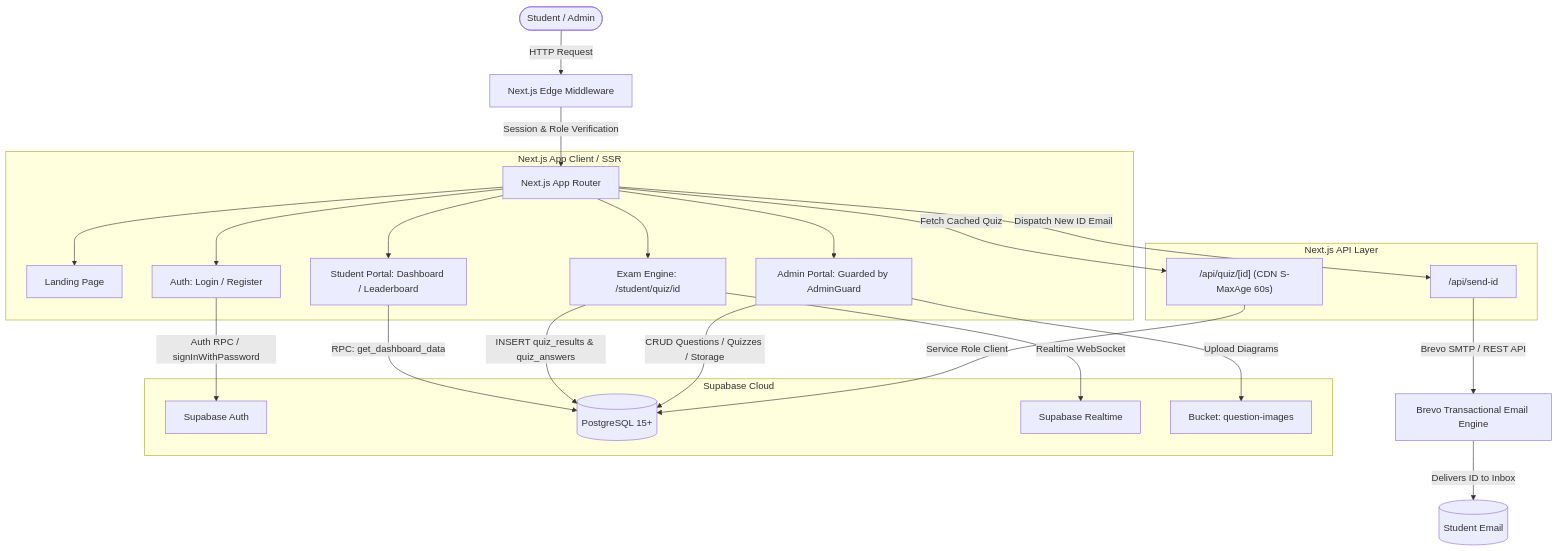
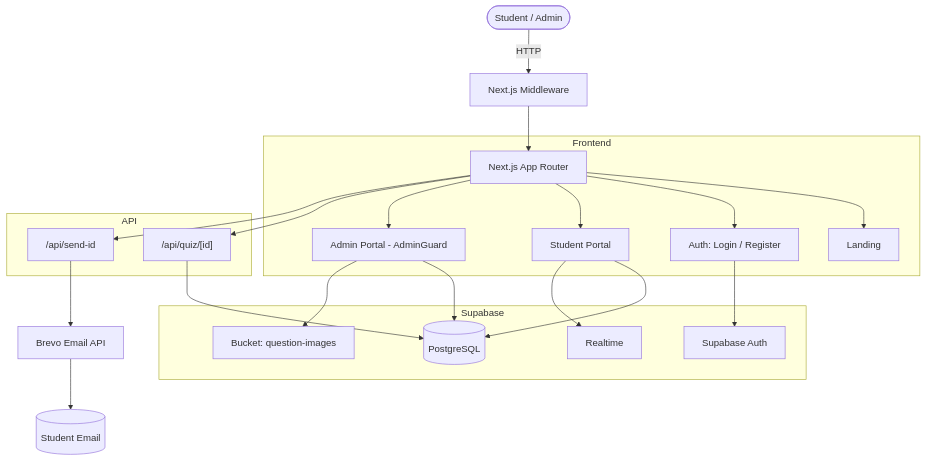
Before and after one commit to Vivan2025wd/AISSA-Quiz: the diagram in README.md, drawn with Mermaid. The commit also changed other lines of this file and 13 other files, not shown here.

````diff
--- a/README.md
+++ b/README.md
@@ -158,31 +89,29 @@
 ```mermaid
 flowchart TD
-    User([Student / Admin]) -->|HTTP Request| Edge[Next.js Edge Middleware]
-    Edge -->|Session & Role Verification| App[Next.js App Router]
+    User([Student / Admin]) -->|HTTP| Edge[Next.js Middleware]
+    Edge --> App[Next.js App Router]
 
-    subgraph Frontend [Next.js App Client / SSR]
-        App --> Landing[Landing Page]
-        App --> AuthPages[Auth: Login / Register]
-        App --> StudentDashboard[Student Portal: Dashboard / Leaderboard]
-        App --> QuizEngine[Exam Engine: /student/quiz/id]
-        App --> AdminPortal[Admin Portal: Guarded by AdminGuard]
+    subgraph Frontend
+        App --> Landing[Landing]
+        App --> Auth[Auth: Login / Register]
+        App --> Student[Student Portal]
+        App --> Admin[Admin Portal - AdminGuard]
     end
 
-    subgraph API [Next.js API Layer]
-        App -->|Fetch Cached Quiz| QuizAPI["/api/quiz/[id] (CDN S-MaxAge 60s)"]
-        App -->|Dispatch New ID Email| SendIdAPI["/api/send-id"]
+    subgraph API
+        App --> QuizAPI["/api/quiz/[id]"]
+        App --> SendID["/api/send-id"]
     end
 
-    subgraph Backend [Supabase Cloud]
-        AuthPages -->|Auth RPC / signInWithPassword| SupaAuth[Supabase Auth]
-        StudentDashboard -->|RPC: get_dashboard_data| SupaDB[(PostgreSQL 15+)]
-        QuizEngine -->|INSERT quiz_results & quiz_answers| SupaDB
-        QuizEngine -->|Realtime WebSocket| SupaRealtime[Supabase Realtime]
-        AdminPortal -->|CRUD Questions / Quizzes / Storage| SupaDB
-        AdminPortal -->|Upload Diagrams| SupaStorage[Bucket: question-images]
-        QuizAPI -->|Service Role Client| SupaDB
+    subgraph Supabase
+        Auth --> SupaAuth[Supabase Auth]
+        Student --> SupaDB[(PostgreSQL)]
+        Student --> SupaRT[Realtime]
+        Admin --> SupaDB
+        Admin --> SupaStorage[Bucket: question-images]
+        QuizAPI --> SupaDB
     end
 
-    SendIdAPI -->|Brevo SMTP / REST API| Brevo[Brevo Transactional Email Engine]
-    Brevo -->|Delivers ID to Inbox| StudentInbox[(Student Email)]
+    SendID --> Brevo[Brevo Email API]
+    Brevo --> Inbox[(Student Email)]
 ```
````
